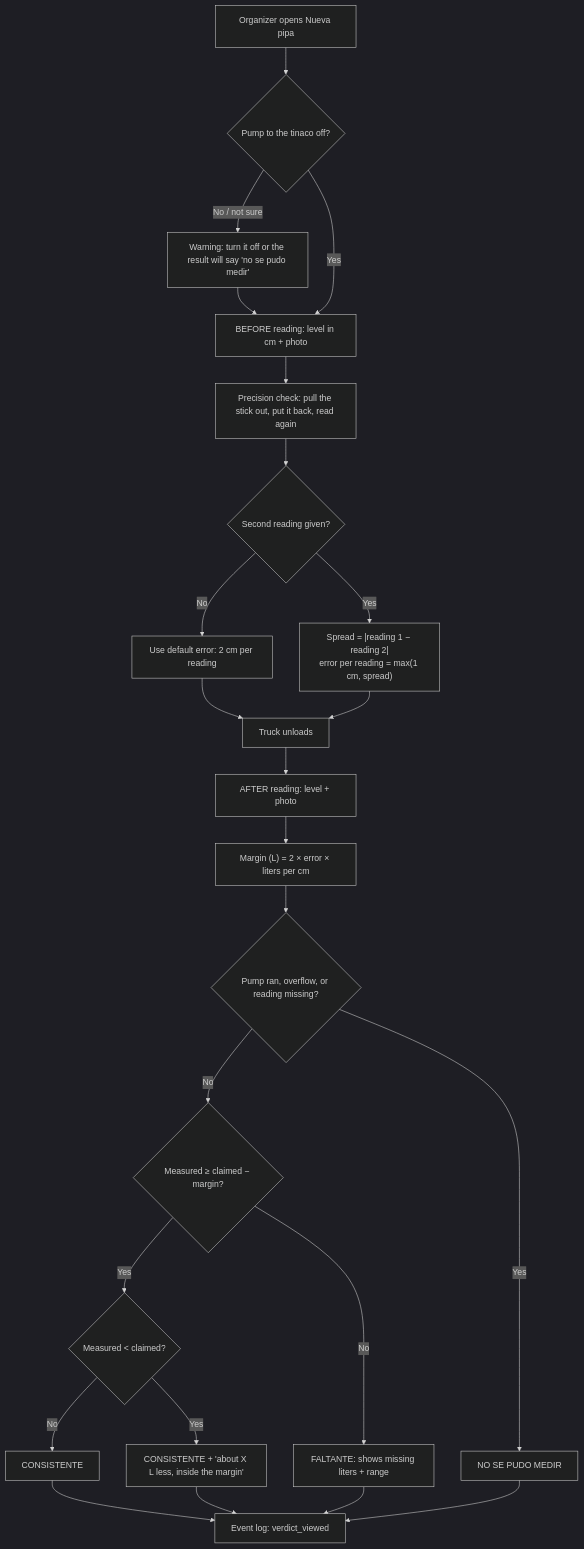
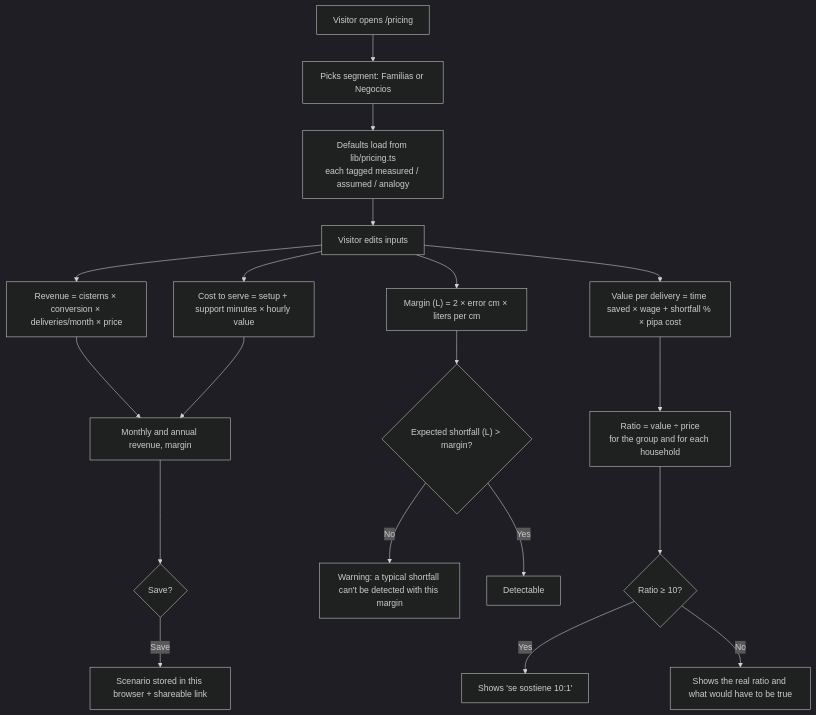
One commit to fatimafortes/pipa-clara-venture changed the first of 2 diagrams in docs/PACKET.md. Above: the diagram before and after it, drawn with Mermaid (dark theme). The commit also changed other lines of this file and 1 other file, not shown here.

First line of the commit message:
docs: week 14 packet (pricing) before code

````diff
--- a/docs/PACKET.md
+++ b/docs/PACKET.md
@@ -42,26 +42,21 @@
 ```mermaid
 flowchart TD
-    A[Organizer opens Nueva pipa] --> B{Pump to the tinaco off?}
-    B -- No / not sure --> B2[Warning: turn it off or the result will say 'no se pudo medir']
-    B2 --> C
-    B -- Yes --> C[BEFORE reading: level in cm + photo]
-    C --> D[Precision check: pull the stick out, put it back, read again]
-    D --> E{Second reading given?}
-    E -- No --> F[Use default error: 2 cm per reading]
-    E -- Yes --> G["Spread = |reading 1 − reading 2|<br/>error per reading = max(1 cm, spread)"]
-    F --> H[Truck unloads]
-    G --> H
-    H --> I[AFTER reading: level + photo]
-    I --> J["Margin (L) = 2 × error × liters per cm"]
-    J --> K{Pump ran, overflow, or reading missing?}
-    K -- Yes --> V3[NO SE PUDO MEDIR]
-    K -- No --> L{Measured ≥ claimed − margin?}
-    L -- No --> V2["FALTANTE: shows missing liters + range"]
-    L -- Yes --> M{Measured < claimed?}
-    M -- Yes --> V1b["CONSISTENTE + 'about X L less, inside the margin'"]
-    M -- No --> V1[CONSISTENTE]
-    V1 --> N[Event log: verdict_viewed]
-    V1b --> N
-    V2 --> N
-    V3 --> N
+    A[Visitor opens /pricing] --> B[Picks segment: Familias or Negocios]
+    B --> C[Defaults load from lib/pricing.ts<br/>each tagged measured / assumed / analogy]
+    C --> D[Visitor edits inputs]
+    D --> E["Revenue = cisterns × conversion × deliveries/month × price"]
+    D --> F["Cost to serve = setup + support minutes × hourly value"]
+    E --> G[Monthly and annual revenue, margin]
+    F --> G
+    D --> H["Value per delivery = time saved × wage + shortfall % × pipa cost"]
+    H --> I["Ratio = value ÷ price<br/>for the group and for each household"]
+    I --> J{Ratio ≥ 10?}
+    J -- Yes --> J1[Shows 'se sostiene 10:1']
+    J -- No --> J2[Shows the real ratio and what would have to be true]
+    D --> K["Margin (L) = 2 × error cm × liters per cm"]
+    K --> L{"Expected shortfall (L) > margin?"}
+    L -- No --> L1["Warning: a typical shortfall can't be detected with this margin"]
+    L -- Yes --> L2[Detectable]
+    G --> M{Save?}
+    M -- Save --> N[Scenario stored in this browser + shareable link]
 ```
````
